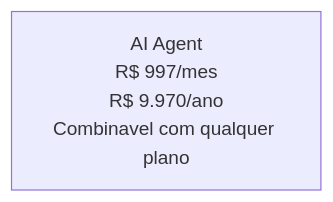
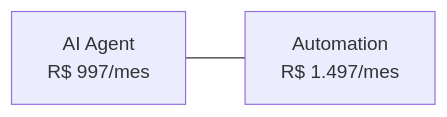
Before and after one commit to BooPixel/boopixel-strategy: the second of 3 diagrams in pricing.md, drawn with Mermaid. The commit also changed other lines of this file, not shown here.

````diff
--- a/pricing.md
+++ b/pricing.md
@@ -113,4 +96,4 @@
 ```mermaid
-graph TD
-    G[AI Agent<br>R$ 997/mes<br>R$ 9.970/ano<br>Combinavel com qualquer plano]
+graph LR
+    E[AI Agent<br>R$ 997/mes] --- F[Automation<br>R$ 1.497/mes]
 ```
````
